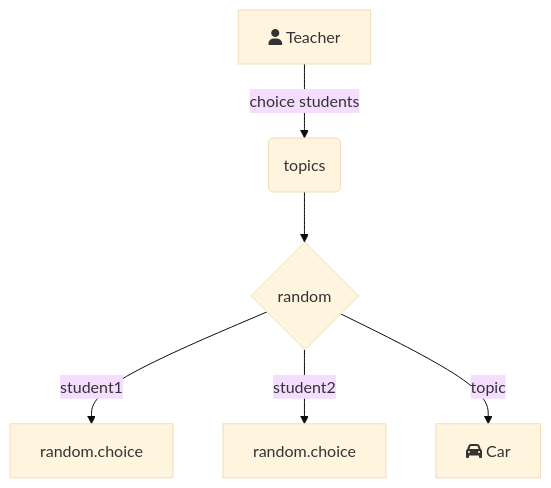
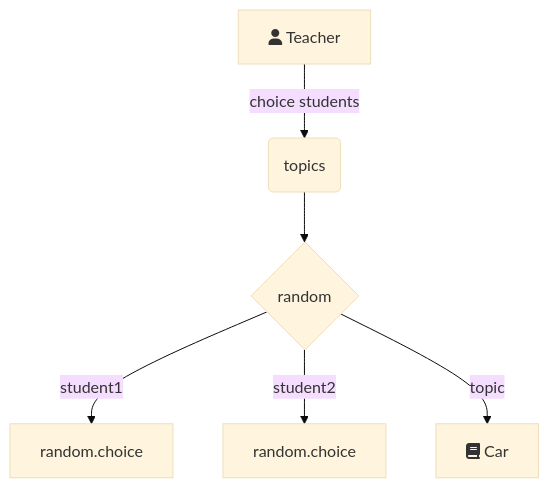
Before and after one commit to CharlieTD/iodraw-files: the diagram in all/未命名-2.md, drawn with Mermaid (base theme).

Commit message:
2024-07-15 22:42:09 update

````diff
--- a/all/未命名-2.md
+++ b/all/未命名-2.md
@@ -1,8 +1,8 @@
 ```mermaid
 graph TD
     A[fa:fa-user Teacher] -->|choice students| B(topics)
     B --> C{random}
     C -->|student1| D[random.choice]
     C -->|student2| E[random.choice]
-    C -->|topic| F[fa:fa-car Car]
+    C -->|topic| F[fa:fa-book Car]
 ```
````
